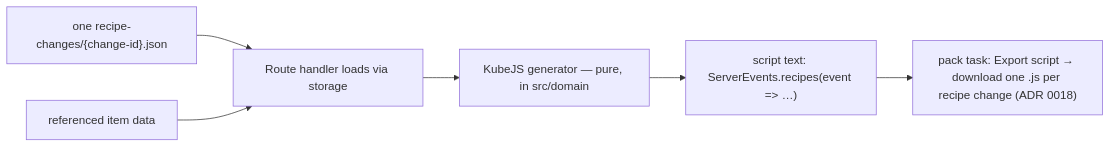
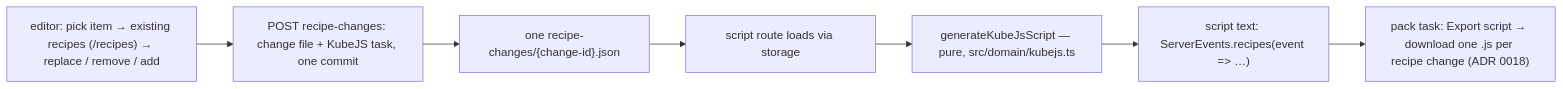
The sixth of 6 diagrams in docs/architecture.md (Jackson-Dataciders/Mineforge), drawn with Mermaid before and after one commit. The commit also changed other lines of this file and 81 other files, not shown here.

````diff
--- a/docs/architecture.md
+++ b/docs/architecture.md
@@ -250,8 +278,9 @@
 ```mermaid
 flowchart LR
-  P["one recipe-changes/{change-id}.json"] --> L[Route handler loads via storage]
-  I[referenced item data] --> L
-  L --> X["KubeJS generator — pure, in src/domain"]
+  E["editor: pick item → existing recipes (/recipes) → replace / remove / add"] --> C["POST recipe-changes: change file + KubeJS task, one commit"]
+  C --> P["one recipe-changes/{change-id}.json"]
+  P --> L["script route loads via storage"]
+  L --> X["generateKubeJsScript — pure, src/domain/kubejs.ts"]
   X --> T["script text: ServerEvents.recipes(event => …)"]
   T --> D["pack task: Export script → download one .js per recipe change (ADR 0018)"]
 ```
````
